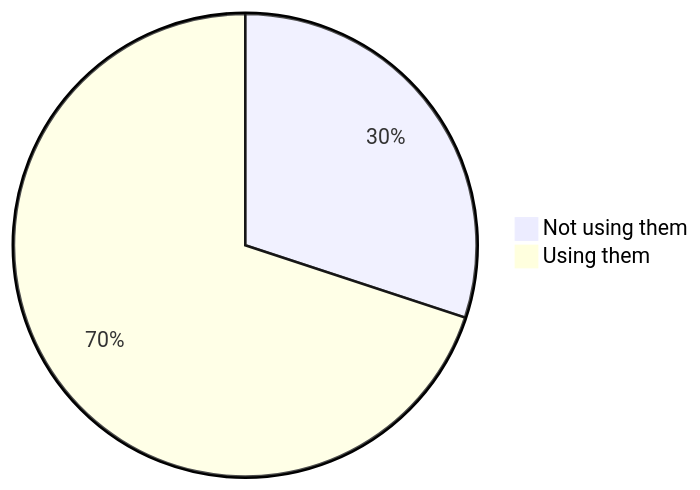
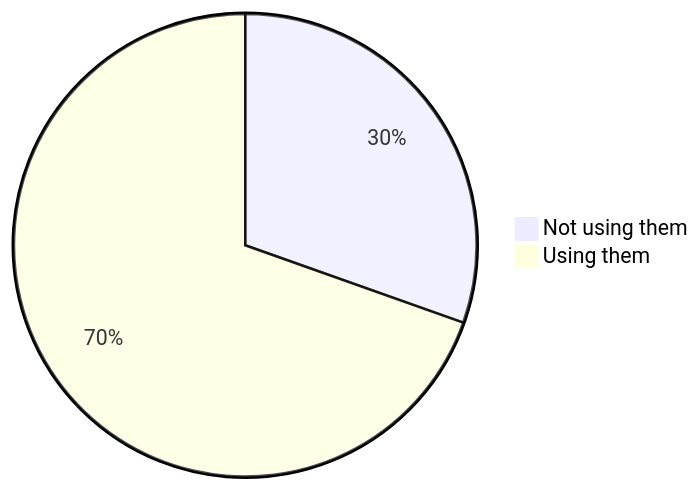
Before and after one commit to oshp/oshp-stats: the first of 22 diagrams in stats.md, drawn with Mermaid. The commit also changed other lines of this file, not shown here.

````diff
--- a/stats.md
+++ b/stats.md
@@ -10,6 +10,6 @@
 ```mermaid
 pie
-	"Not using them" : 30.06
-	"Using them" : 69.94
+	"Not using them" : 30.43
+	"Using them" : 69.57
 
 ```
````
